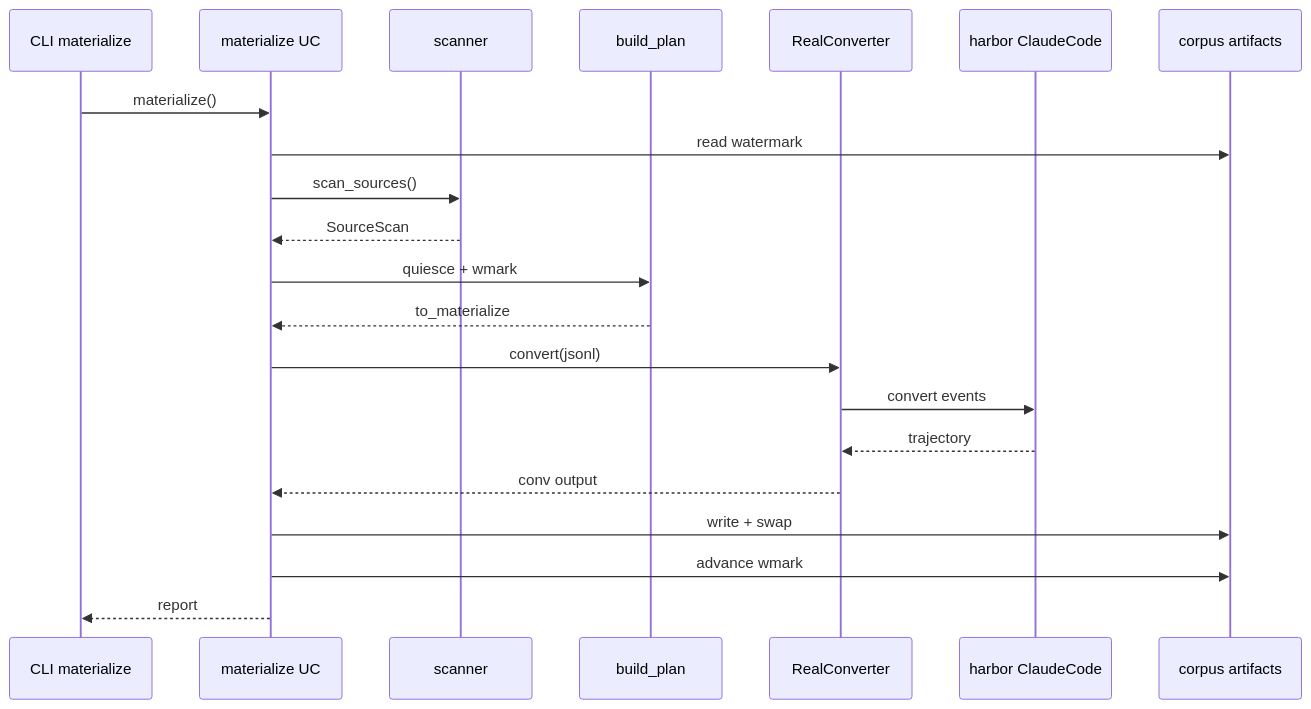
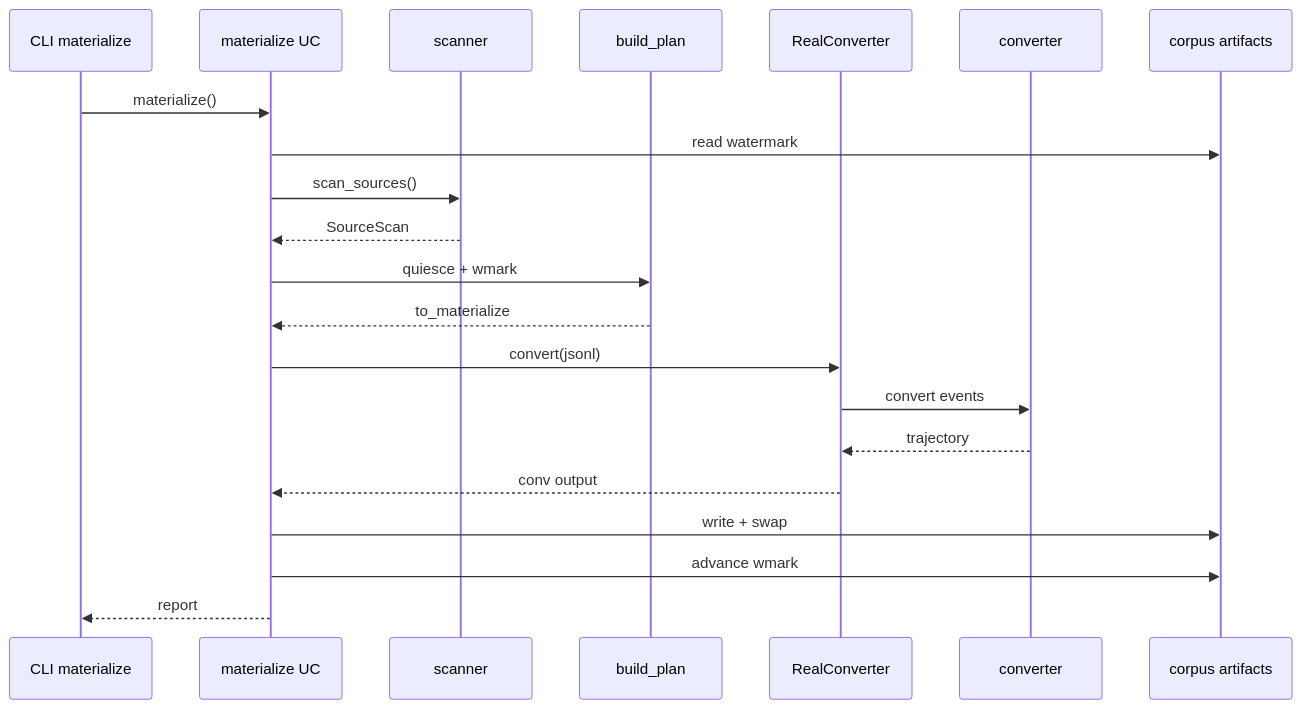
Before and after one commit to laithalsaadoon/atif-sql: the first of 3 diagrams in docs/diagrams/behavioral/sequences.md, drawn with Mermaid. The commit also changed other lines of this file and 32 other files, not shown here.

````diff
--- a/docs/diagrams/behavioral/sequences.md
+++ b/docs/diagrams/behavioral/sequences.md
@@ -5,23 +5,23 @@
 ```mermaid
 sequenceDiagram
     participant CLI as CLI materialize
     participant UC as materialize UC
     participant SCAN as scanner
     participant PLAN as build_plan
     participant ADP as RealConverter
-    participant HB as harbor ClaudeCode
+    participant CONV as converter
     participant FS as corpus artifacts
     CLI->>UC: materialize()
     UC->>FS: read watermark
     UC->>SCAN: scan_sources()
     SCAN-->>UC: SourceScan
     UC->>PLAN: quiesce + wmark
     PLAN-->>UC: to_materialize
     UC->>ADP: convert(jsonl)
-    ADP->>HB: convert events
-    HB-->>ADP: trajectory
+    ADP->>CONV: convert events
+    CONV-->>ADP: trajectory
     ADP-->>UC: conv output
     UC->>FS: write + swap
     UC->>FS: advance wmark
     UC-->>CLI: report
 ```
````
